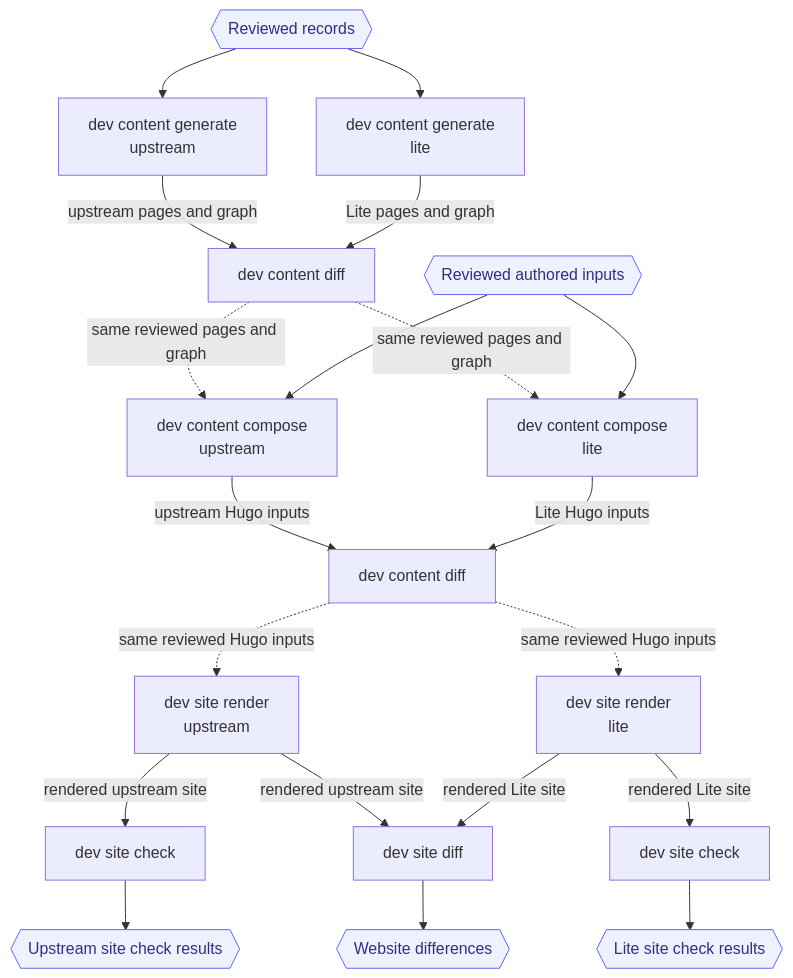
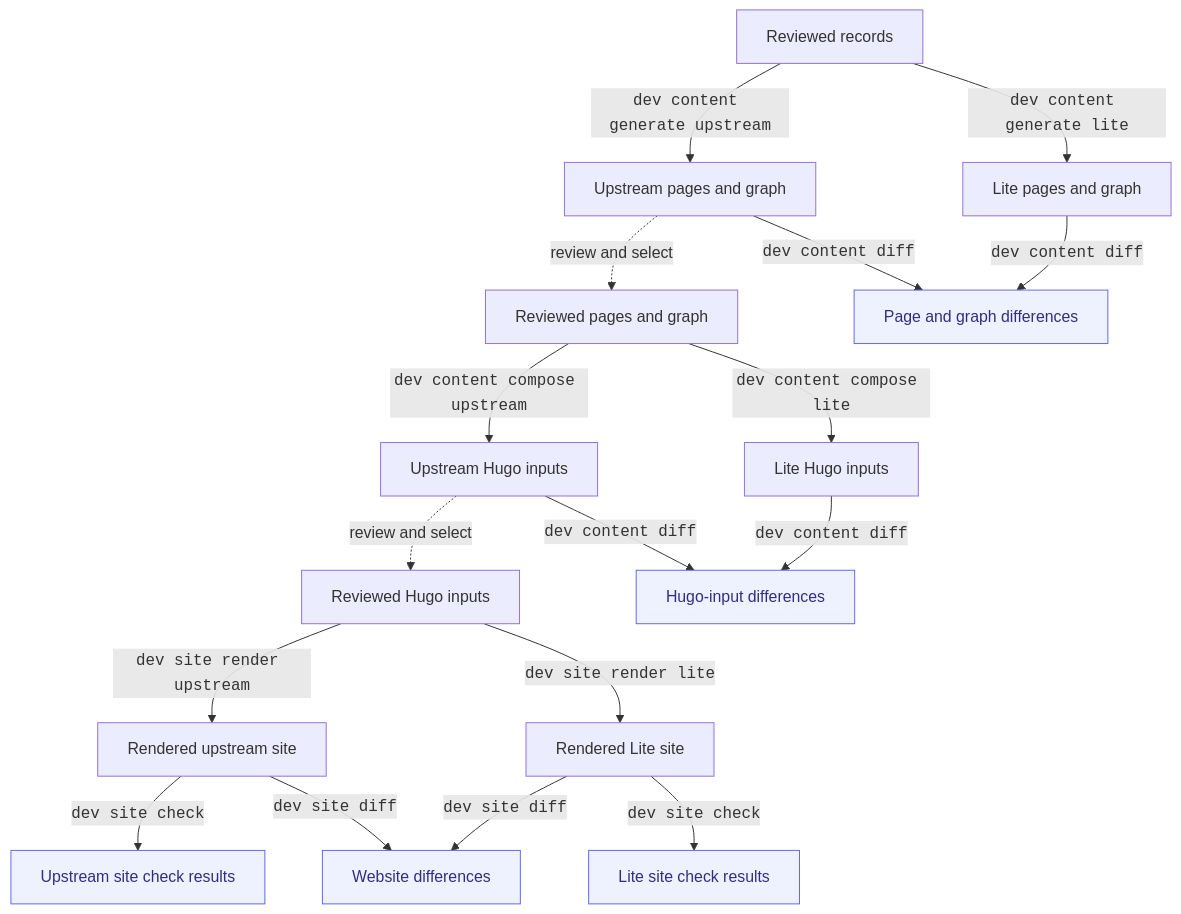
The third of 3 diagrams in docs/agents/staged-upstream-validation.md (ORINOCO-Lite/orinoco-lite-dev), drawn with Mermaid before and after one commit. The commit also changed other lines of this file, not shown here.

````diff
--- a/docs/agents/staged-upstream-validation.md
+++ b/docs/agents/staged-upstream-validation.md
@@ -58,25 +64,22 @@
 ```mermaid
 flowchart TB
-  records{{"Reviewed records"}}:::boundary --> genup["dev content generate<br/>upstream"]
-  records --> genlite["dev content generate<br/>lite"]
-  genup -->|upstream pages and graph| contentdiff["dev content diff"]
-  genlite -->|Lite pages and graph| contentdiff
+  records["Reviewed records"] -->|"<code>dev content generate upstream</code>"| uppages["Upstream pages and graph"]
+  records -->|"<code>dev content generate lite</code>"| litepages["Lite pages and graph"]
+  uppages -.->|review and select| pages["Reviewed pages and graph"]
+  uppages -->|"<code>dev content diff</code>"| pagediff["Page and graph differences"]:::report
+  litepages -->|"<code>dev content diff</code>"| pagediff
 
-  contentdiff -.->|same reviewed pages and graph| composeup["dev content compose<br/>upstream"]
-  contentdiff -.->|same reviewed pages and graph| composelite["dev content compose<br/>lite"]
-  inputs{{"Reviewed authored inputs"}}:::boundary --> composeup
-  inputs --> composelite
-  composeup -->|upstream Hugo inputs| assemblydiff["dev content diff"]
-  composelite -->|Lite Hugo inputs| assemblydiff
+  pages -->|"<code>dev content compose upstream</code>"| upassembly["Upstream Hugo inputs"]
+  pages -->|"<code>dev content compose lite</code>"| liteassembly["Lite Hugo inputs"]
+  upassembly -.->|review and select| assembly["Reviewed Hugo inputs"]
+  upassembly -->|"<code>dev content diff</code>"| assemblydiff["Hugo-input differences"]:::report
+  liteassembly -->|"<code>dev content diff</code>"| assemblydiff
 
-  assemblydiff -.->|same reviewed Hugo inputs| renderup["dev site render<br/>upstream"]
-  assemblydiff -.->|same reviewed Hugo inputs| renderlite["dev site render<br/>lite"]
-  renderup -->|rendered upstream site| checkup["dev site check"]
-  renderup -->|rendered upstream site| sitediff["dev site diff"]
-  renderlite -->|rendered Lite site| sitediff
-  renderlite -->|rendered Lite site| checklite["dev site check"]
-  checkup --> upstreamchecks{{"Upstream site check results"}}:::boundary
-  sitediff --> differences{{"Website differences"}}:::boundary
-  checklite --> litechecks{{"Lite site check results"}}:::boundary
-  classDef boundary fill:#eef2ff,stroke:#6366f1,color:#312e81
+  assembly -->|"<code>dev site render upstream</code>"| upsite["Rendered upstream site"]
+  assembly -->|"<code>dev site render lite</code>"| litesite["Rendered Lite site"]
+  upsite -->|"<code>dev site check</code>"| upchecks["Upstream site check results"]:::report
+  upsite -->|"<code>dev site diff</code>"| sitediff["Website differences"]:::report
+  litesite -->|"<code>dev site diff</code>"| sitediff
+  litesite -->|"<code>dev site check</code>"| litechecks["Lite site check results"]:::report
+  classDef report fill:#eef2ff,stroke:#6366f1,color:#312e81
 ```
````
